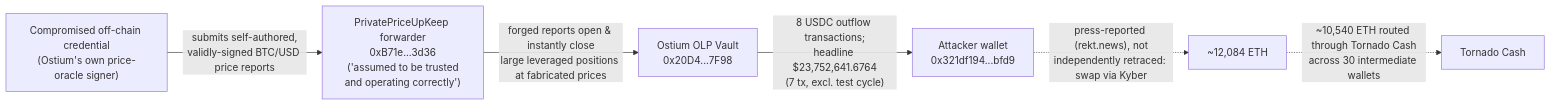
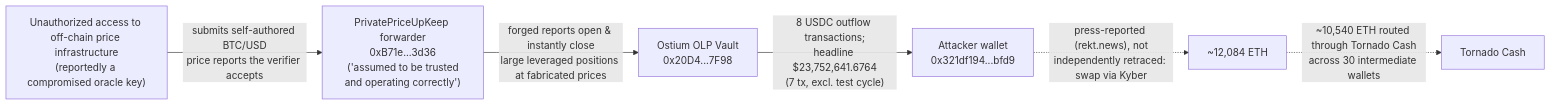
Before and after one commit to RealSpap/onchain-postmortems: the diagram in ostium-oracle-forwarder-compromise/README.md, drawn with Mermaid. The commit also changed other lines of this file and 6 other files, not shown here.

Commit message:
Ostium: say reportedly for the compromised key and name the sources read (rekt.news, The Block, Halborn)

````diff
--- a/ostium-oracle-forwarder-compromise/README.md
+++ b/ostium-oracle-forwarder-compromise/README.md
@@ -32,8 +32,8 @@
 ```mermaid
 flowchart LR
-    A["Compromised off-chain credential<br/>(Ostium's own price-oracle signer)"] -->|"submits self-authored,<br/>validly-signed BTC/USD price reports"| B["PrivatePriceUpKeep forwarder<br/>0xB71e...3d36<br/>('assumed to be trusted<br/>and operating correctly')"]
+    A["Unauthorized access to off-chain price infrastructure<br/>(reportedly a compromised oracle key)"] -->|"submits self-authored BTC/USD<br/>price reports the verifier accepts"| B["PrivatePriceUpKeep forwarder<br/>0xB71e...3d36<br/>('assumed to be trusted<br/>and operating correctly')"]
     B -->|"forged reports open & instantly close<br/>large leveraged positions at fabricated prices"| C["Ostium OLP Vault<br/>0x20D4...7F98"]
     C -->|"8 USDC outflow transactions;<br/>headline $23,752,641.6764<br/>(7 tx, excl. test cycle)"| D["Attacker wallet<br/>0x321df194...bfd9"]
     D -.->|"press-reported (rekt.news), not<br/>independently retraced: swap via Kyber"| E["~12,084 ETH"]
     E -.->|"~10,540 ETH routed through Tornado Cash<br/>across 30 intermediate wallets"| F["Tornado Cash"]
 ```
````
